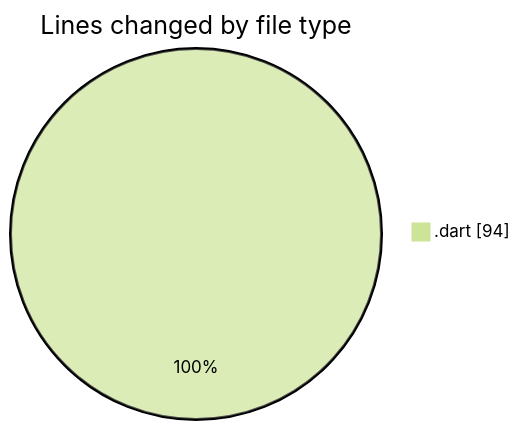
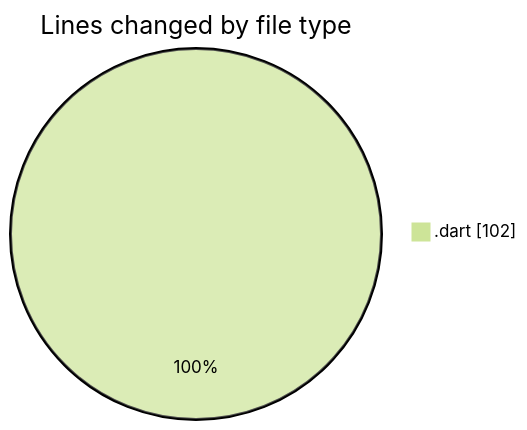
One commit to lephambinh05/code-tracking changed the first of 2 diagrams in 2025-08-04/studybuddy/README.md. Above: the diagram before and after it, drawn with Mermaid (forest theme). The commit also changed other lines of this file and 1 other file, not shown here.

````diff
--- a/2025-08-04/studybuddy/README.md
+++ b/2025-08-04/studybuddy/README.md
@@ -22,5 +22,5 @@
 ```mermaid
 pie showData
 title Lines changed by file type
-".dart" : 94
+".dart" : 102
 ```
````
